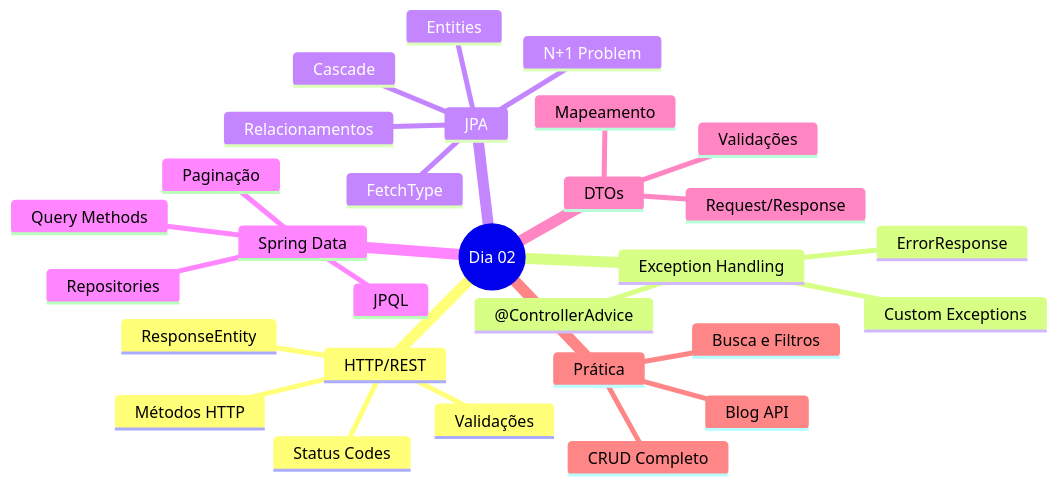
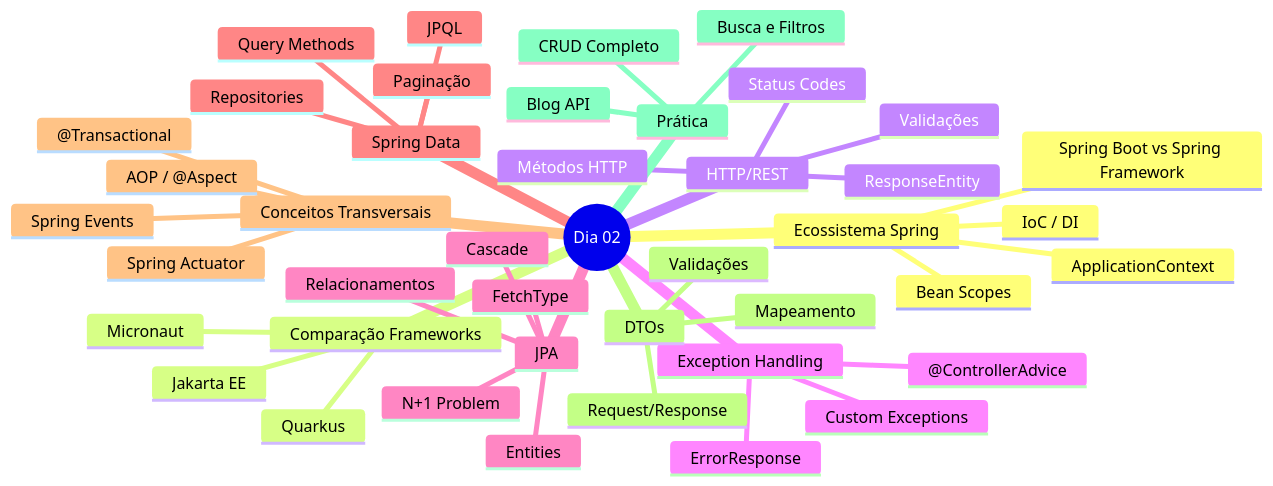
One commit to deusemarjunior/trein-java-intermed changed the diagram in dia-02/slide-22.md. Above: the diagram before and after it, drawn with Mermaid. The commit also changed other lines of this file and 42 other files, not shown here.

````diff
--- a/dia-02/slide-22.md
+++ b/dia-02/slide-22.md
@@ -97,37 +105,54 @@
 ```mermaid
 mindmap
   root((Dia 02))
+    Ecossistema Spring
+      IoC / DI
+      ApplicationContext
+      Bean Scopes
+      Spring Boot vs Spring Framework
+    
+    Comparação Frameworks
+      Jakarta EE
+      Quarkus
+      Micronaut
+    
     HTTP/REST
       Status Codes
       Métodos HTTP
       ResponseEntity
       Validações
     
     Exception Handling
       @ControllerAdvice
       Custom Exceptions
       ErrorResponse
     
     JPA
       Entities
       Relacionamentos
       Cascade
       FetchType
       N+1 Problem
     
     Spring Data
       Repositories
       Query Methods
       JPQL
       Paginação
+    
+    Conceitos Transversais
+      AOP / @Aspect
+      Spring Events
+      @Transactional
+      Spring Actuator
       
     DTOs
       Request/Response
       Validações
       Mapeamento
       
     Prática
       Blog API
       CRUD Completo
       Busca e Filtros
 ```
````
